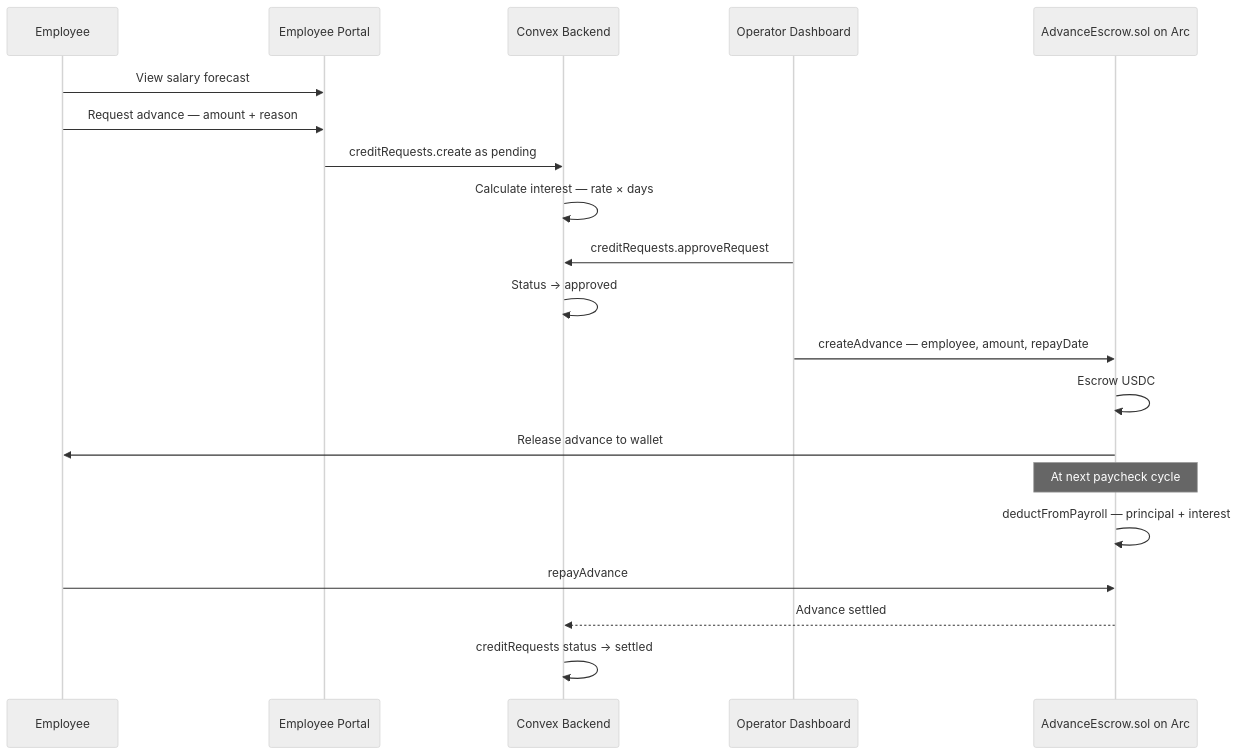
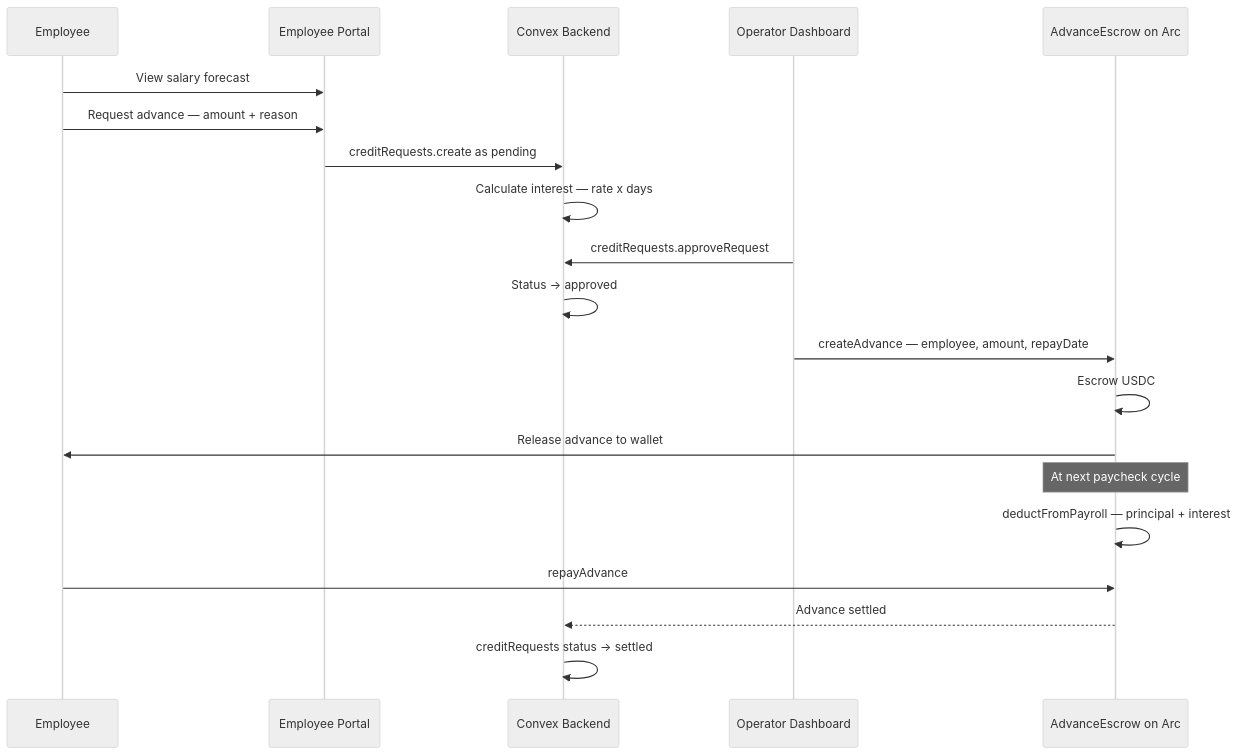
Before and after one commit to Cannes2026EthGlobal/webapp: the fifth of 7 diagrams in ARCHITECTURE.md, drawn with Mermaid (neutral theme). The commit also changed other lines of this file, not shown here.

First line of the commit message:
fix: simplify Mermaid diagrams to avoid parser errors

````diff
--- a/ARCHITECTURE.md
+++ b/ARCHITECTURE.md
@@ -288,23 +150,23 @@
 ```mermaid
 sequenceDiagram
     participant EE as Employee
     participant EP as Employee Portal
     participant CX as Convex Backend
     participant Op as Operator Dashboard
-    participant AE as AdvanceEscrow.sol on Arc
+    participant AE as AdvanceEscrow on Arc
 
     EE->>EP: View salary forecast
     EE->>EP: Request advance — amount + reason
     EP->>CX: creditRequests.create as pending
-    CX->>CX: Calculate interest — rate × days
+    CX->>CX: Calculate interest — rate x days
     Op->>CX: creditRequests.approveRequest
     CX->>CX: Status → approved
     Op->>AE: createAdvance — employee, amount, repayDate
     AE->>AE: Escrow USDC
     AE->>EE: Release advance to wallet
     Note over AE: At next paycheck cycle
     AE->>AE: deductFromPayroll — principal + interest
     EE->>AE: repayAdvance
     AE-->>CX: Advance settled
     CX->>CX: creditRequests status → settled
 ```
````
